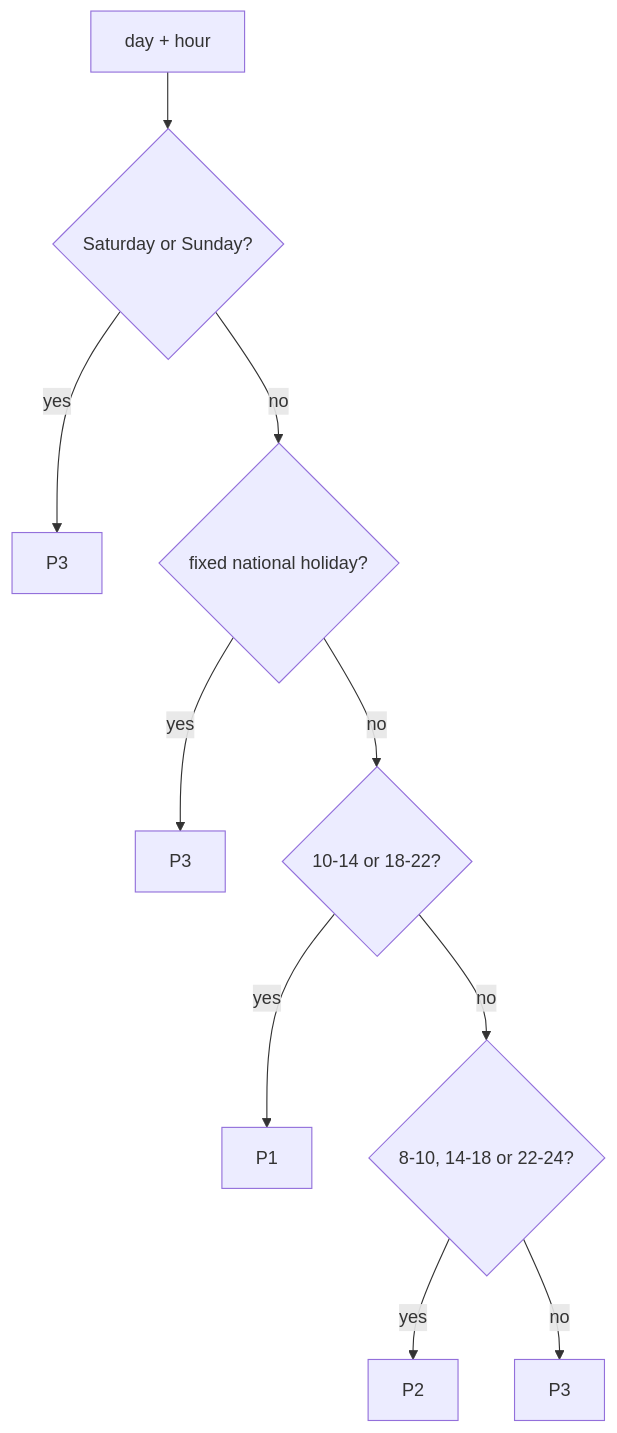
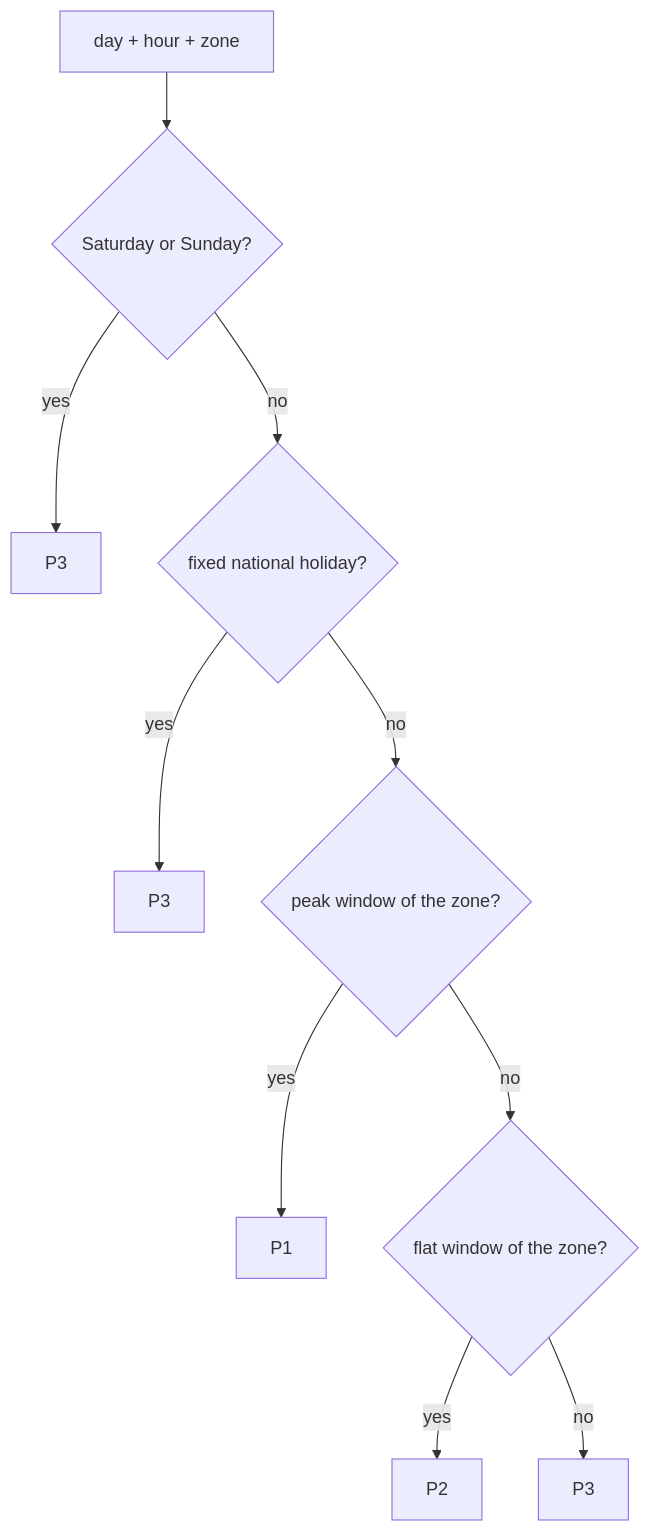
The sixth of 7 diagrams in docs/ARCHITECTURE.md (jacano/edistribucion-client), drawn with Mermaid before and after one commit. The commit also changed other lines of this file and 7 other files, not shown here.

````diff
--- a/docs/ARCHITECTURE.md
+++ b/docs/ARCHITECTURE.md
@@ -159,12 +162,12 @@
 ```mermaid
 flowchart TD
-    S["day + hour"] --> W{"Saturday or Sunday?"}
+    S["day + hour + zone"] --> W{"Saturday or Sunday?"}
     W -- yes --> P3a["P3"]
     W -- no --> H{"fixed national holiday?"}
     H -- yes --> P3b["P3"]
-    H -- no --> P1{"10-14 or 18-22?"}
+    H -- no --> P1{"peak window of the zone?"}
     P1 -- yes --> P1o["P1"]
-    P1 -- no --> P2{"8-10, 14-18 or 22-24?"}
+    P1 -- no --> P2{"flat window of the zone?"}
     P2 -- yes --> P2o["P2"]
     P2 -- no --> P3c["P3"]
 ```
````
